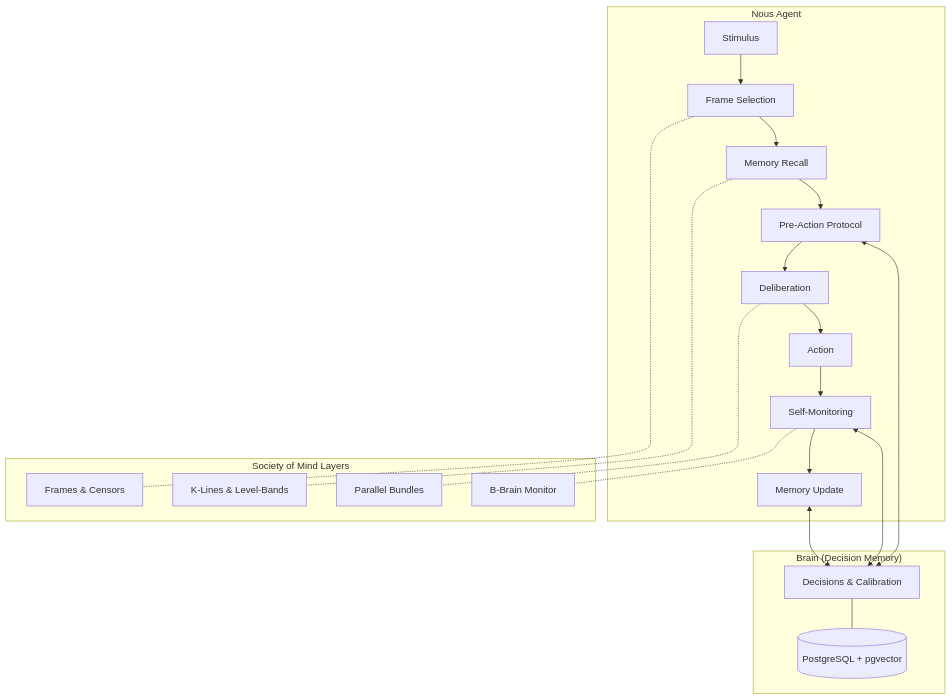
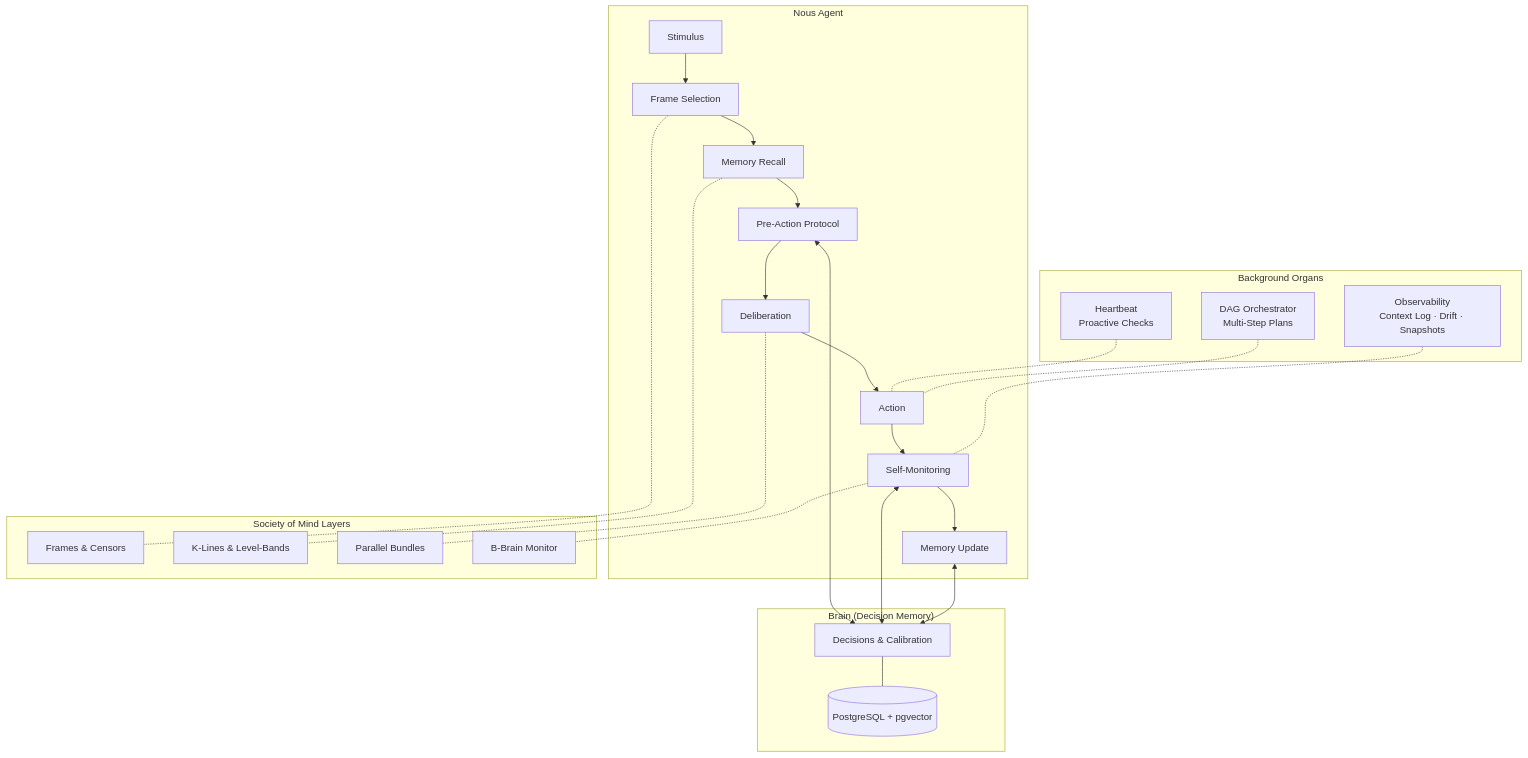
Before and after one commit to tfatykhov/nous: the first of 4 diagrams in README.md, drawn with Mermaid. The commit also changed other lines of this file, not shown here.

````diff
--- a/README.md
+++ b/README.md
@@ -28,26 +29,35 @@
 ```mermaid
 graph TB
     subgraph "Nous Agent"
         A[Stimulus] --> B[Frame Selection]
         B --> C[Memory Recall]
         C --> D[Pre-Action Protocol]
         D --> E[Deliberation]
         E --> F[Action]
         F --> G[Self-Monitoring]
         G --> H[Memory Update]
     end
 
     subgraph "Brain (Decision Memory)"
         D <--> CE[Decisions & Calibration]
         G <--> CE
         H <--> CE
         CE --- PG[(PostgreSQL + pgvector)]
     end
 
     subgraph "Society of Mind Layers"
         B -.- FR[Frames & Censors]
         C -.- KL[K-Lines & Level-Bands]
         E -.- PB[Parallel Bundles]
         G -.- BB[B-Brain Monitor]
     end
+
+    subgraph "Background Organs"
+        HB[Heartbeat<br/>Proactive Checks]
+        DAG[DAG Orchestrator<br/>Multi-Step Plans]
+        OBS[Observability<br/>Context Log · Drift · Snapshots]
+        HB -.- F
+        DAG -.- F
+        OBS -.- G
+    end
 ```
````
